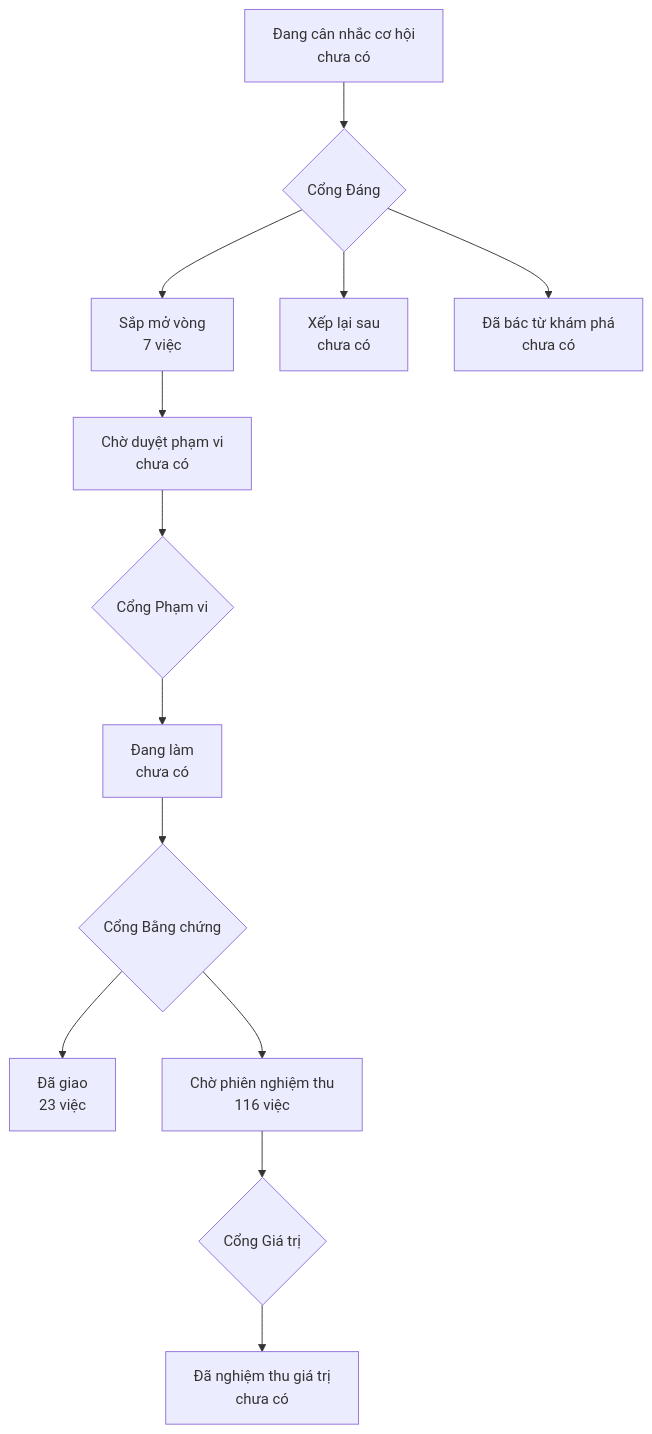
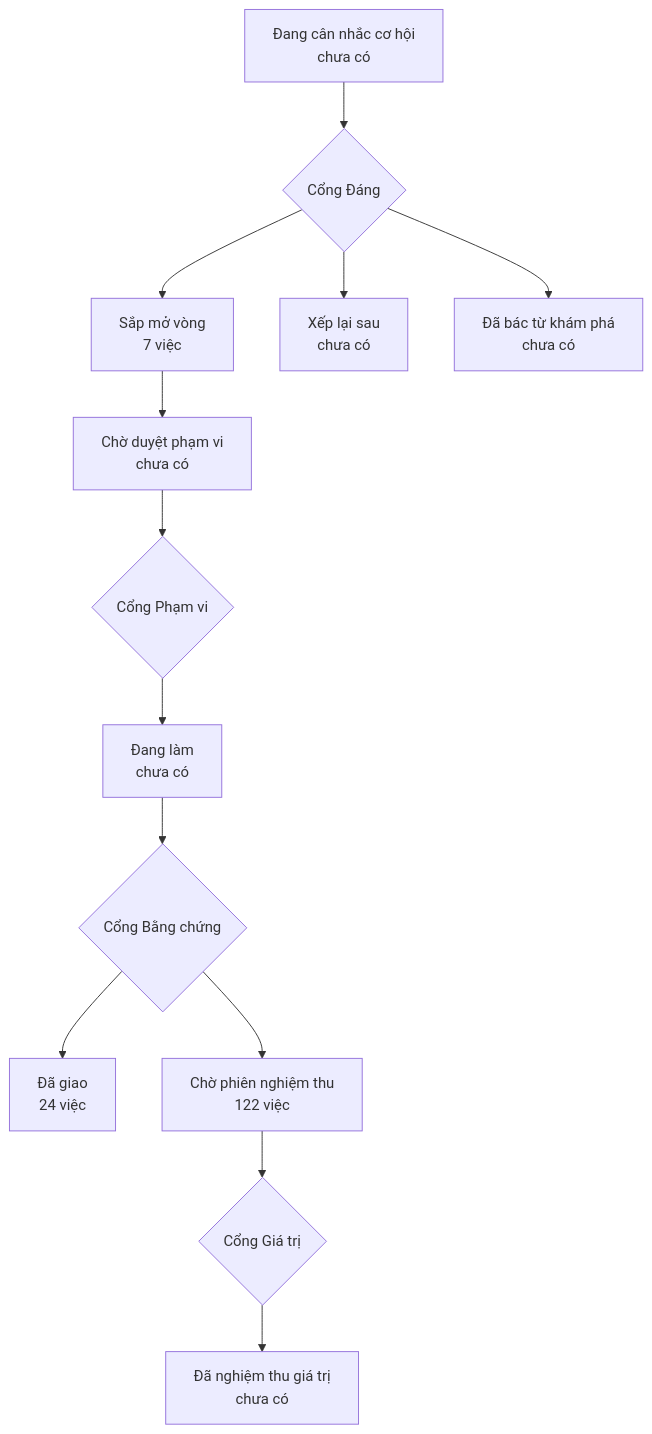
One commit to phanlemanh/onehub-quy-hang changed the diagram in PRODUCT-MAP.md. Above: the diagram before and after it, drawn with Mermaid. The commit also changed other lines of this file and 1 other file, not shown here.

````diff
--- a/PRODUCT-MAP.md
+++ b/PRODUCT-MAP.md
@@ -7,12 +7,12 @@
 ```mermaid
 flowchart TD
   A["Đang cân nhắc cơ hội<br/>chưa có"] --> GD{"Cổng Đáng"}
   GD --> B["Sắp mở vòng<br/>7 việc"]
   GD --> XL["Xếp lại sau<br/>chưa có"]
   GD --> DB["Đã bác từ khám phá<br/>chưa có"]
   B --> CD["Chờ duyệt phạm vi<br/>chưa có"] --> GP{"Cổng Phạm vi"}
   GP --> DL["Đang làm<br/>chưa có"] --> GB{"Cổng Bằng chứng"}
-  GB --> DG["Đã giao<br/>23 việc"]
-  GB --> CN["Chờ phiên nghiệm thu<br/>116 việc"] --> GG{"Cổng Giá trị"}
+  GB --> DG["Đã giao<br/>24 việc"]
+  GB --> CN["Chờ phiên nghiệm thu<br/>122 việc"] --> GG{"Cổng Giá trị"}
   GG --> NT["Đã nghiệm thu giá trị<br/>chưa có"]
 ```
````
